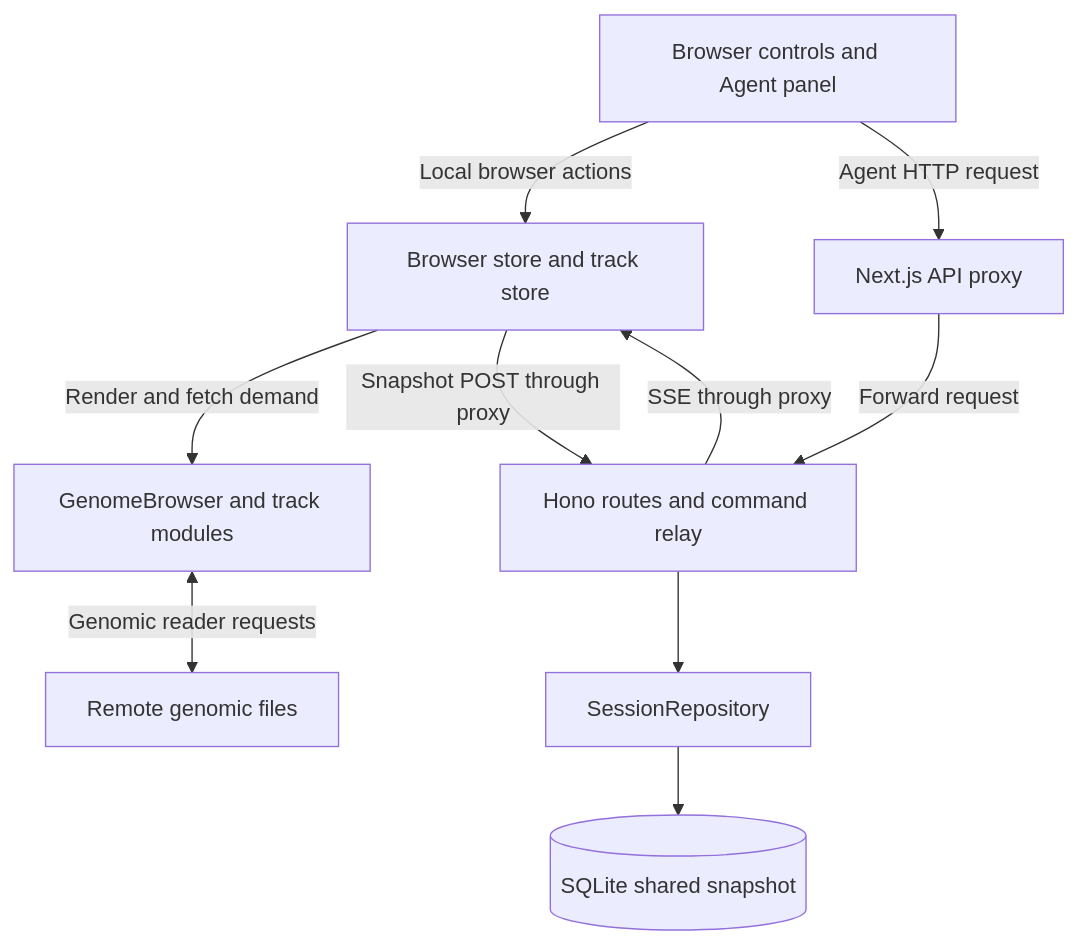
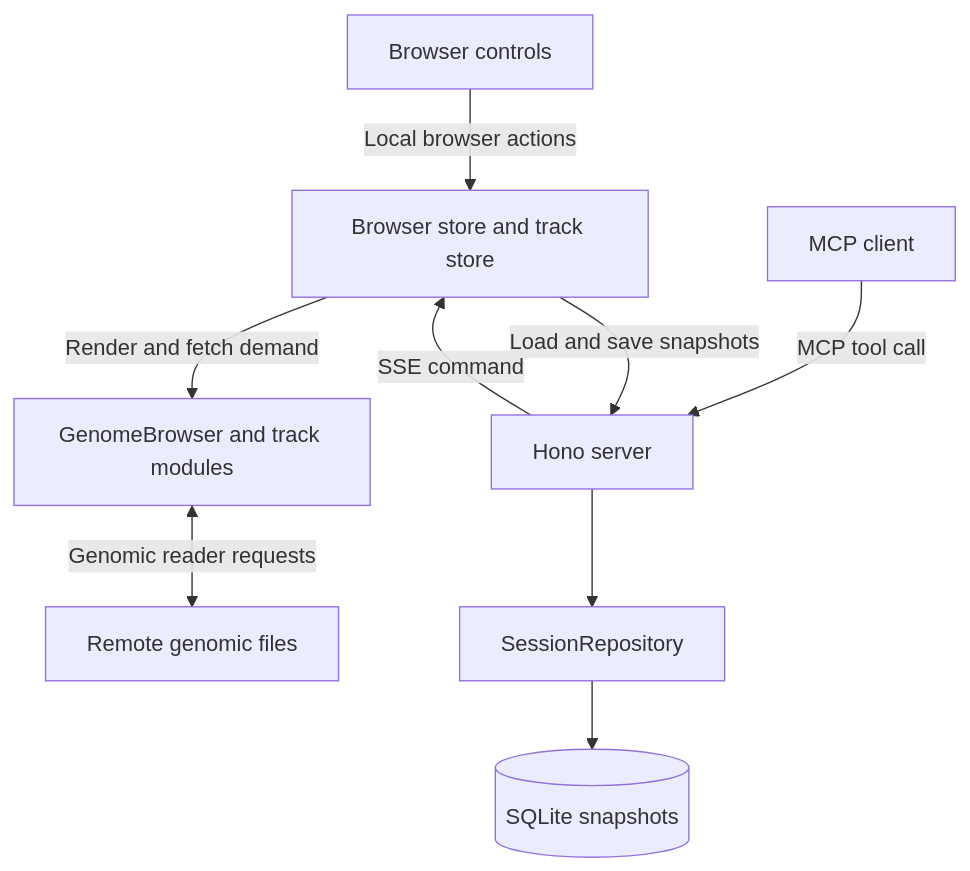
The first of 3 diagrams in apps/web/docs/02-guides/dataFlow.md (weng-lab/genomebrowser), drawn with Mermaid before and after one commit. The commit also changed other lines of this file and 54 other files, not shown here.

First line of the commit message:
Expose browser commands over MCP with session URLs

````diff
--- a/apps/web/docs/02-guides/dataFlow.md
+++ b/apps/web/docs/02-guides/dataFlow.md
@@ -20,19 +22,18 @@
 ```mermaid
 flowchart TD
-  UI[Browser controls and Agent panel]
+  UI[Browser controls]
+  Agent[MCP client]
   Stores[Browser store and track store]
   View[GenomeBrowser and track modules]
   Files[Remote genomic files]
-  Proxy[Next.js API proxy]
-  Relay[Hono routes and command relay]
+  Server[Hono server]
   Repo[SessionRepository]
-  DB[(SQLite shared snapshot)]
+  DB[(SQLite snapshots)]
   UI -->|Local browser actions| Stores
-  UI -->|Agent HTTP request| Proxy
-  Proxy -->|Forward request| Relay
-  Relay -->|SSE through proxy| Stores
+  Agent -->|MCP tool call| Server
+  Server -->|SSE command| Stores
   Stores -->|Render and fetch demand| View
   View <-->|Genomic reader requests| Files
-  Stores -->|Snapshot POST through proxy| Relay
-  Relay --> Repo --> DB
+  Stores -->|Load and save snapshots| Server
+  Server --> Repo --> DB
 ```
````
